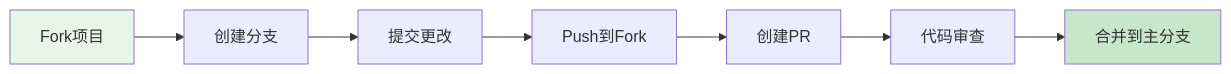
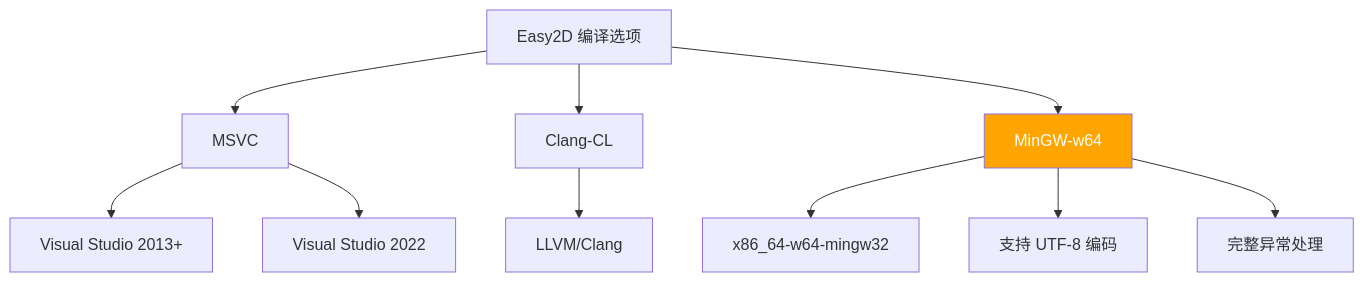
One commit to ChestnutYueyue/Easy2D changed the fourth of 4 diagrams in README.md. Above: the diagram before and after it, drawn with Mermaid. The commit also changed other lines of this file and 18 other files, not shown here.

````diff
--- a/README.md
+++ b/README.md
@@ -881,12 +183,17 @@
 ```mermaid
-flowchart LR
-    A[Fork项目] --> B[创建分支]
-    B --> C[提交更改]
-    C --> D[Push到Fork]
-    D --> E[创建PR]
-    E --> F[代码审查]
-    F --> G[合并到主分支]
+flowchart TD
+    A[Easy2D 编译选项] --> B[MSVC]
+    A --> C[Clang-CL]
+    A --> D[MinGW-w64]
     
-    style A fill:#e8f5e9
-    style G fill:#c8e6c9
+    B --> B1[Visual Studio 2013+]
+    B --> B2[Visual Studio 2022]
+    
+    C --> C1[LLVM/Clang]
+    
+    D --> D1[x86_64-w64-mingw32]
+    D --> D2[支持 UTF-8 编码]
+    D --> D3[完整异常处理]
+    
+    style D fill:#ffa502,color:#fff
 ```
````
